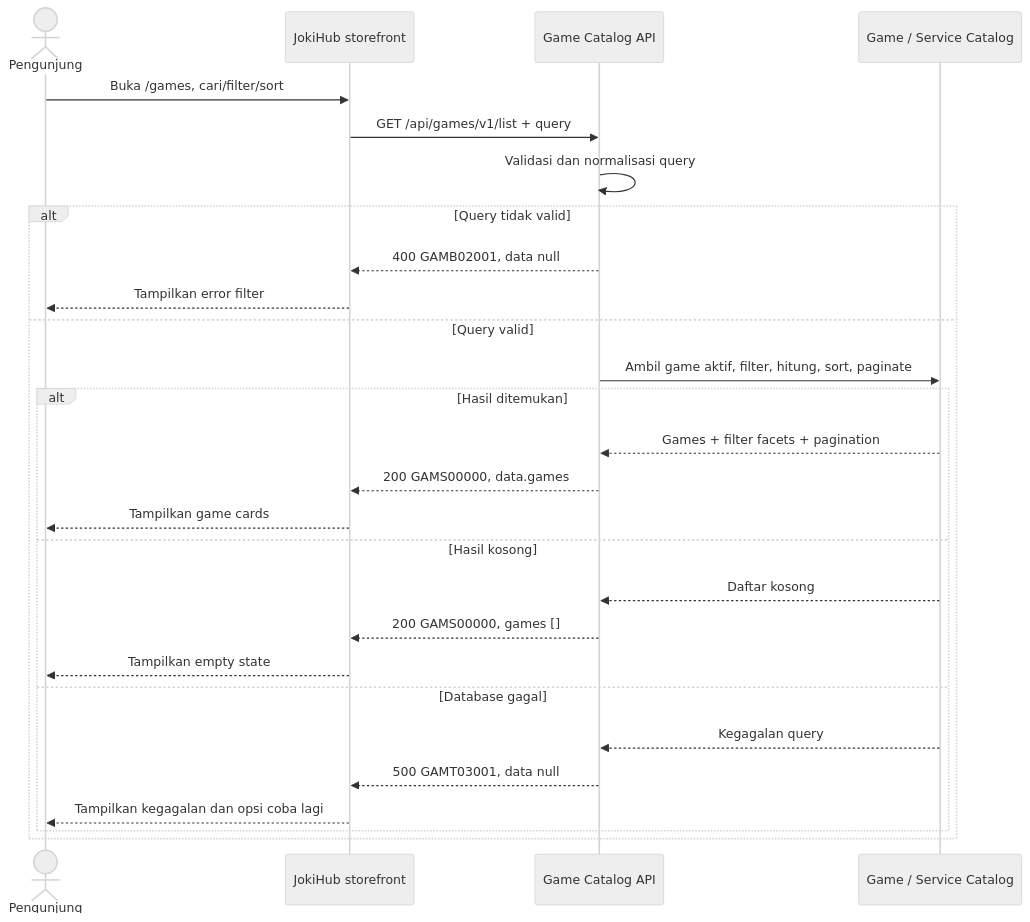
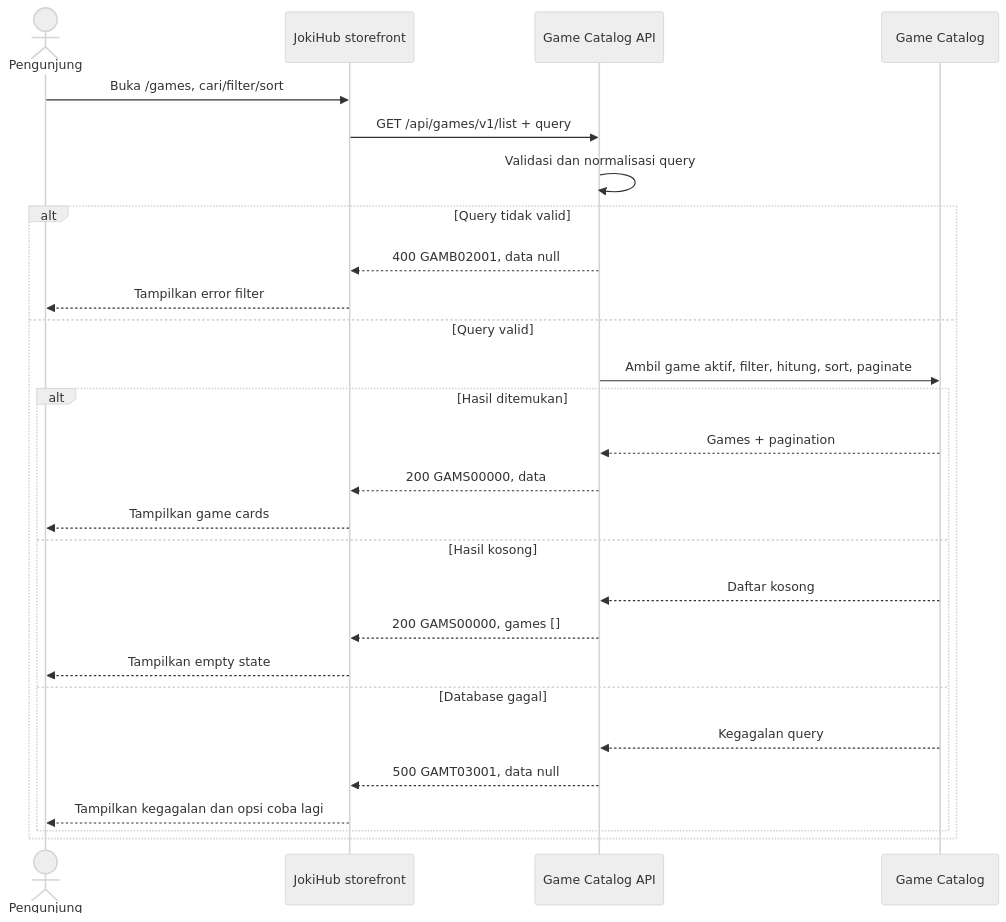
One commit to fatihmuhamadridho/docs-game-service-platform changed the diagram in sprint-1/solutioning/public/games/get-list-games.md. Above: the diagram before and after it, drawn with Mermaid (neutral theme). The commit also changed other lines of this file and 32 other files, not shown here.

````diff
--- a/sprint-1/solutioning/public/games/get-list-games.md
+++ b/sprint-1/solutioning/public/games/get-list-games.md
@@ -16,29 +16,29 @@
 ```mermaid
 sequenceDiagram
     actor User as Pengunjung
     participant Web as JokiHub storefront
     participant API as Game Catalog API
-    participant DB as Game / Service Catalog
+    participant DB as Game Catalog
     User->>Web: Buka /games, cari/filter/sort
     Web->>API: GET /api/games/v1/list + query
     API->>API: Validasi dan normalisasi query
     alt Query tidak valid
         API-->>Web: 400 GAMB02001, data null
         Web-->>User: Tampilkan error filter
     else Query valid
         API->>DB: Ambil game aktif, filter, hitung, sort, paginate
         alt Hasil ditemukan
-            DB-->>API: Games + filter facets + pagination
-            API-->>Web: 200 GAMS00000, data.games
+            DB-->>API: Games + pagination
+            API-->>Web: 200 GAMS00000, data
             Web-->>User: Tampilkan game cards
         else Hasil kosong
             DB-->>API: Daftar kosong
             API-->>Web: 200 GAMS00000, games []
             Web-->>User: Tampilkan empty state
         else Database gagal
             DB-->>API: Kegagalan query
             API-->>Web: 500 GAMT03001, data null
             Web-->>User: Tampilkan kegagalan dan opsi coba lagi
         end
     end
 ```
````
